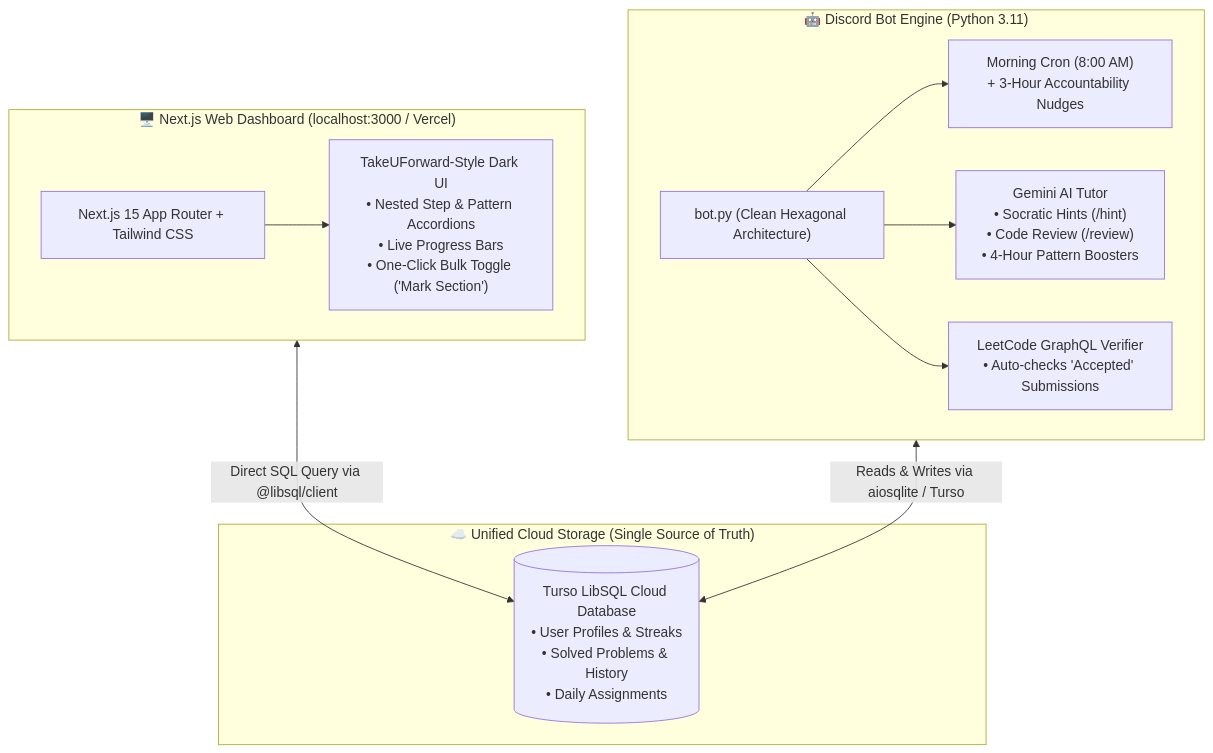
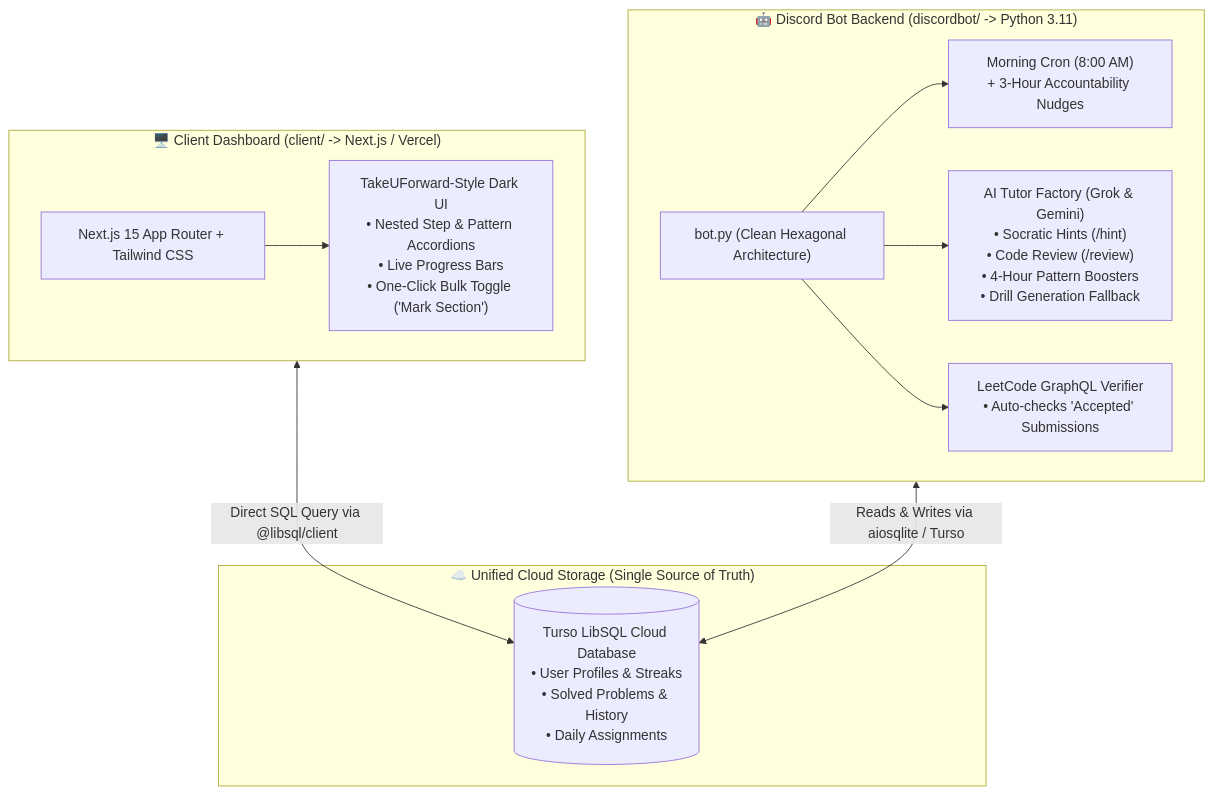
Before and after one commit to sambhandavale/algorhythm: the diagram in README.md, drawn with Mermaid. The commit also changed other lines of this file and 62 other files, not shown here.

Commit message:
Refactor: separate monorepo structure into client and discordbot

````diff
--- a/README.md
+++ b/README.md
@@ -11,25 +11,25 @@
 ```mermaid
 flowchart TD
     subgraph CloudStorage ["☁️ Unified Cloud Storage (Single Source of Truth)"]
         Turso[("Turso LibSQL Cloud Database\n• User Profiles & Streaks\n• Solved Problems & History\n• Daily Assignments")]
     end
 
-    subgraph Frontend ["🖥️ Next.js Web Dashboard (localhost:3000 / Vercel)"]
+    subgraph Frontend ["🖥️ Client Dashboard (client/ -> Next.js / Vercel)"]
         NextApp["Next.js 15 App Router + Tailwind CSS"]
         TakeUForwardUI["TakeUForward-Style Dark UI\n• Nested Step & Pattern Accordions\n• Live Progress Bars\n• One-Click Bulk Toggle ('Mark Section')"]
         NextApp --> TakeUForwardUI
     end
 
-    subgraph DiscordBot ["🤖 Discord Bot Engine (Python 3.11)"]
+    subgraph DiscordBot ["🤖 Discord Bot Backend (discordbot/ -> Python 3.11)"]
         BotCore["bot.py (Clean Hexagonal Architecture)"]
         Scheduler["Morning Cron (8:00 AM)\n+ 3-Hour Accountability Nudges"]
-        AIEngine["Gemini AI Tutor\n• Socratic Hints (/hint)\n• Code Review (/review)\n• 4-Hour Pattern Boosters"]
+        AIEngine["AI Tutor Factory (Grok & Gemini)\n• Socratic Hints (/hint)\n• Code Review (/review)\n• 4-Hour Pattern Boosters\n• Drill Generation Fallback"]
         LCVerifier["LeetCode GraphQL Verifier\n• Auto-checks 'Accepted' Submissions"]
         BotCore --> Scheduler
         BotCore --> AIEngine
         BotCore --> LCVerifier
     end
 
     Frontend <-->|Direct SQL Query via @libsql/client| Turso
     DiscordBot <-->|Reads & Writes via aiosqlite / Turso| Turso
 ```
````
